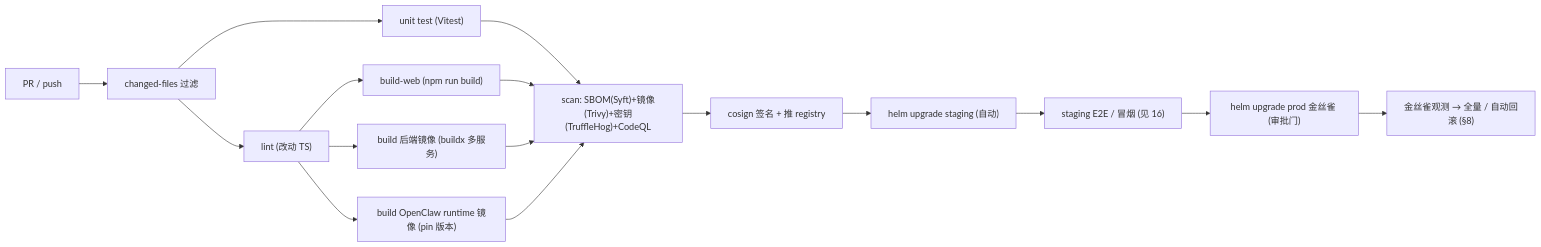
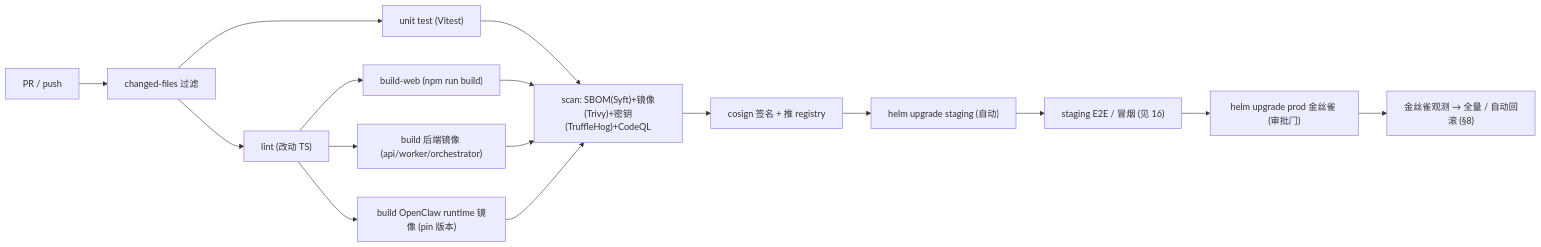
The second of 7 diagrams in 改造计划/15-部署运维与可观测性.md (edward-ng-duke/LobsterAI), drawn with Mermaid before and after one commit. The commit also changed other lines of this file and 27 other files, not shown here.

````diff
--- a/改造计划/15-部署运维与可观测性.md
+++ b/改造计划/15-部署运维与可观测性.md
@@ -341,18 +338,18 @@
 ```mermaid
 flowchart LR
   PR["PR / push"] --> CH["changed-files 过滤"]
   CH --> LINT["lint (改动 TS)"]
   CH --> UT["unit test (Vitest)"]
   LINT --> FE["build-web (npm run build)"]
-  LINT --> BE["build 后端镜像 (buildx 多服务)"]
+  LINT --> BE["build 后端镜像 (api/worker/orchestrator)"]
   LINT --> OC["build OpenClaw runtime 镜像 (pin 版本)"]
   UT --> SCAN["scan: SBOM(Syft)+镜像(Trivy)+密钥(TruffleHog)+CodeQL"]
   FE --> SCAN
   BE --> SCAN
   OC --> SCAN
   SCAN --> SIGN["cosign 签名 + 推 registry"]
   SIGN --> DEPLOY_STG["helm upgrade staging (自动)"]
   DEPLOY_STG --> E2E["staging E2E / 冒烟 (见 16)"]
   E2E --> DEPLOY_PROD["helm upgrade prod 金丝雀 (审批门)"]
   DEPLOY_PROD --> CANARY["金丝雀观测 → 全量 / 自动回滚 (§8)"]
 ```
````
